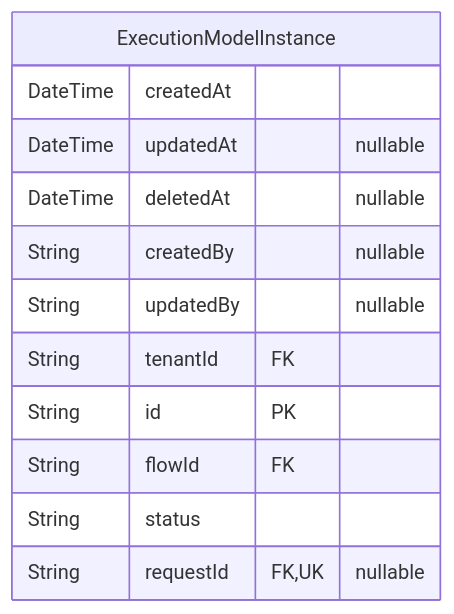
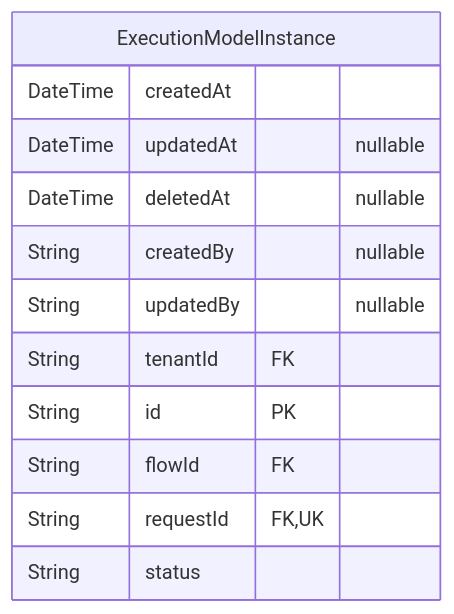
One commit to jesushg-dev/request-admin changed the third of 5 diagrams in docs/ERD.md. Above: the diagram before and after it, drawn with Mermaid. The commit also changed other lines of this file and 59 other files, not shown here.

````diff
--- a/docs/ERD.md
+++ b/docs/ERD.md
@@ -107,15 +107,15 @@
 ```mermaid
 erDiagram
 "ExecutionModelInstance" {
   DateTime createdAt
   DateTime updatedAt "nullable"
   DateTime deletedAt "nullable"
   String createdBy "nullable"
   String updatedBy "nullable"
   String tenantId FK
   String id PK
   String flowId FK
+  String requestId FK,UK
   String status
-  String requestId FK,UK "nullable"
 }
 ```
````
